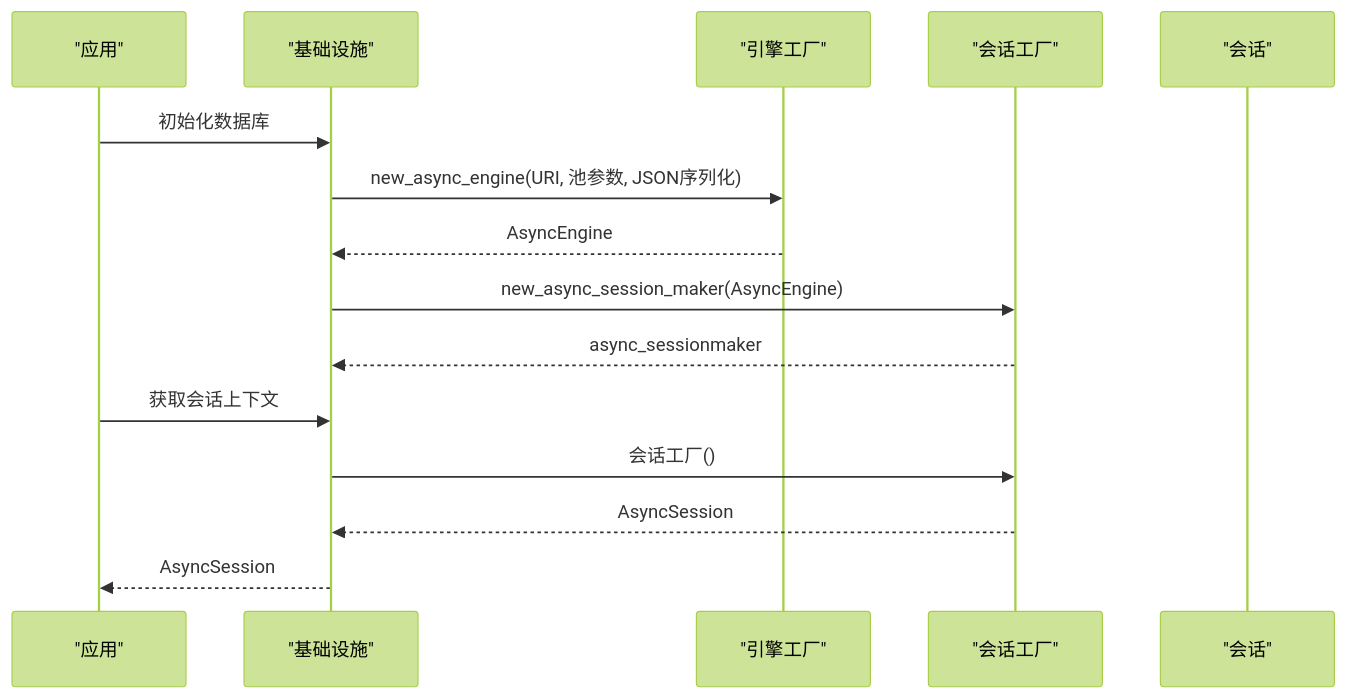
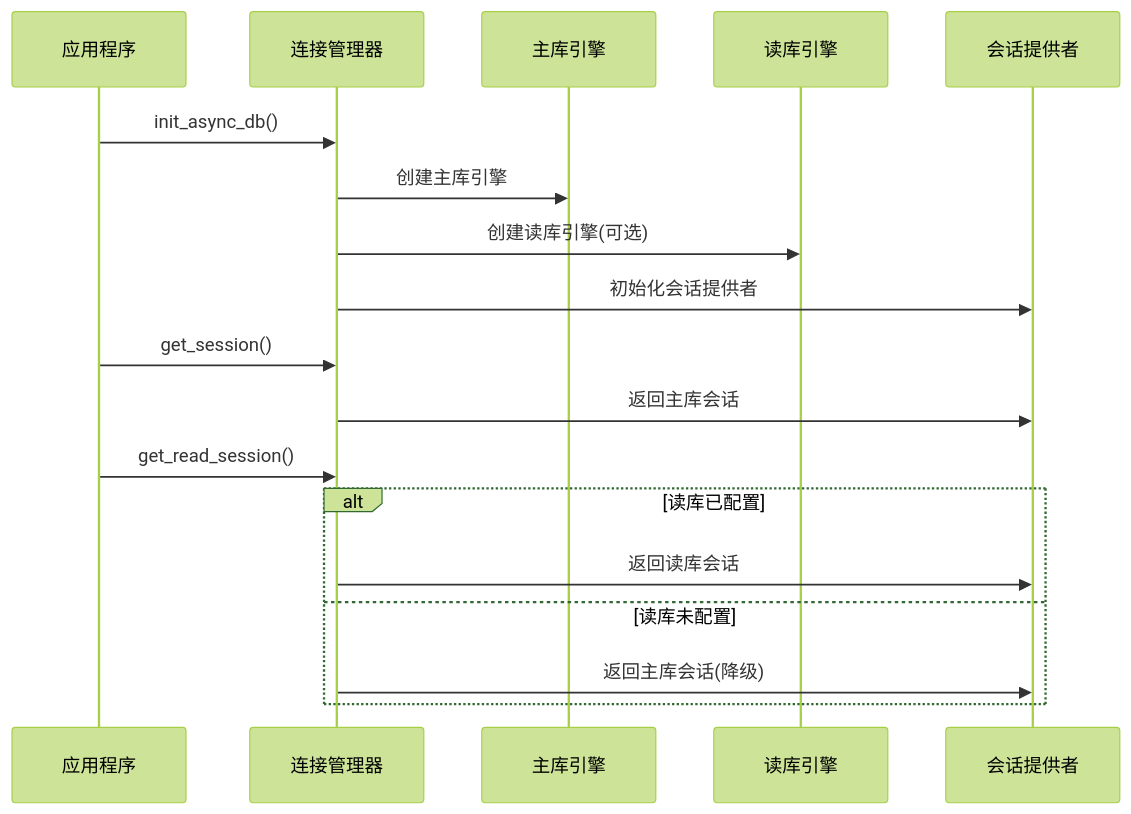
Before and after one commit to lilinzezzzzzz/fastapi-backend: the third of 7 diagrams in .qoder/repowiki/zh/content/数据库集成/ORM抽象层.md, drawn with Mermaid (forest theme). The commit also changed other lines of this file and 42 other files, not shown here.

````diff
--- a/.qoder/repowiki/zh/content/数据库集成/ORM抽象层.md
+++ b/.qoder/repowiki/zh/content/数据库集成/ORM抽象层.md
@@ -197,17 +170,20 @@
 ```mermaid
 sequenceDiagram
-participant App as "应用"
-participant Infra as "基础设施"
-participant Engine as "引擎工厂"
-participant Maker as "会话工厂"
-participant Sess as "会话"
-App->>Infra : 初始化数据库
-Infra->>Engine : new_async_engine(URI, 池参数, JSON序列化)
-Engine-->>Infra : AsyncEngine
-Infra->>Maker : new_async_session_maker(AsyncEngine)
-Maker-->>Infra : async_sessionmaker
-App->>Infra : 获取会话上下文
-Infra->>Maker : 会话工厂()
-Maker-->>Infra : AsyncSession
-Infra-->>App : AsyncSession
+participant App as 应用程序
+participant Conn as 连接管理器
+participant Master as 主库引擎
+participant Replica as 读库引擎
+participant Session as 会话提供者
+App->>Conn : init_async_db()
+Conn->>Master : 创建主库引擎
+Conn->>Replica : 创建读库引擎(可选)
+Conn->>Session : 初始化会话提供者
+App->>Conn : get_session()
+Conn->>Session : 返回主库会话
+App->>Conn : get_read_session()
+alt 读库已配置
+Conn->>Session : 返回读库会话
+else 读库未配置
+Conn->>Session : 返回主库会话(降级)
+end
 ```
````
